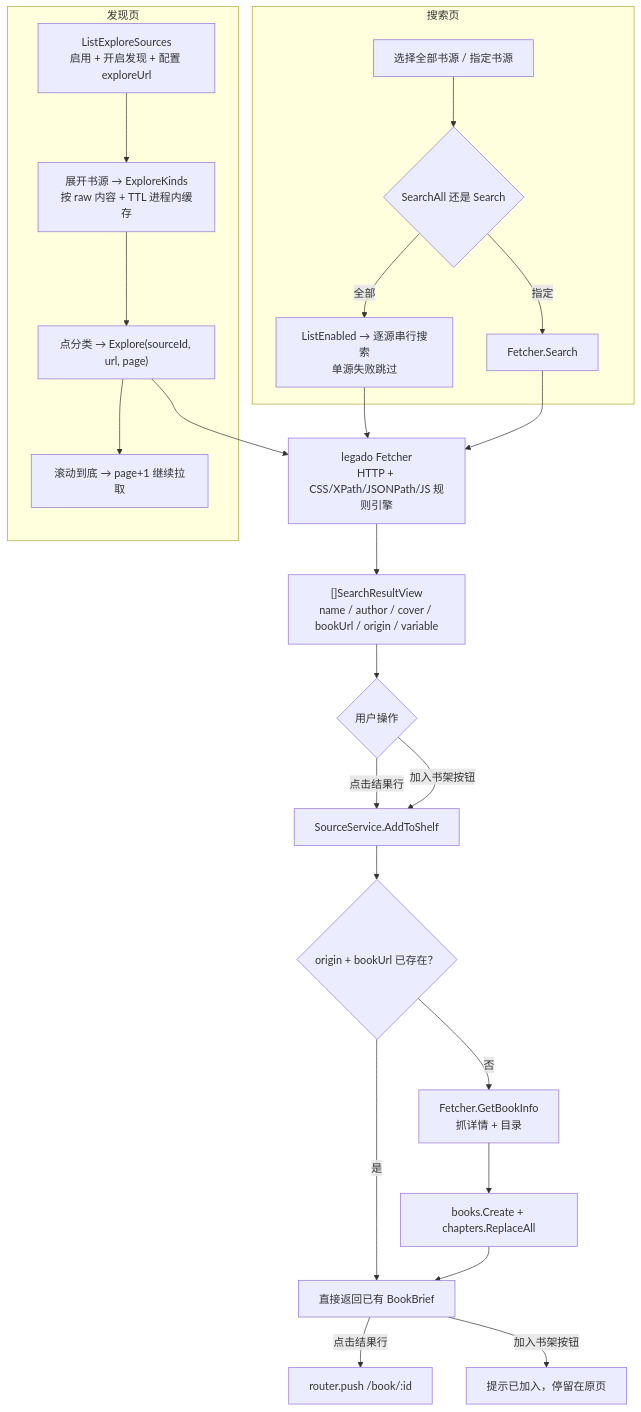
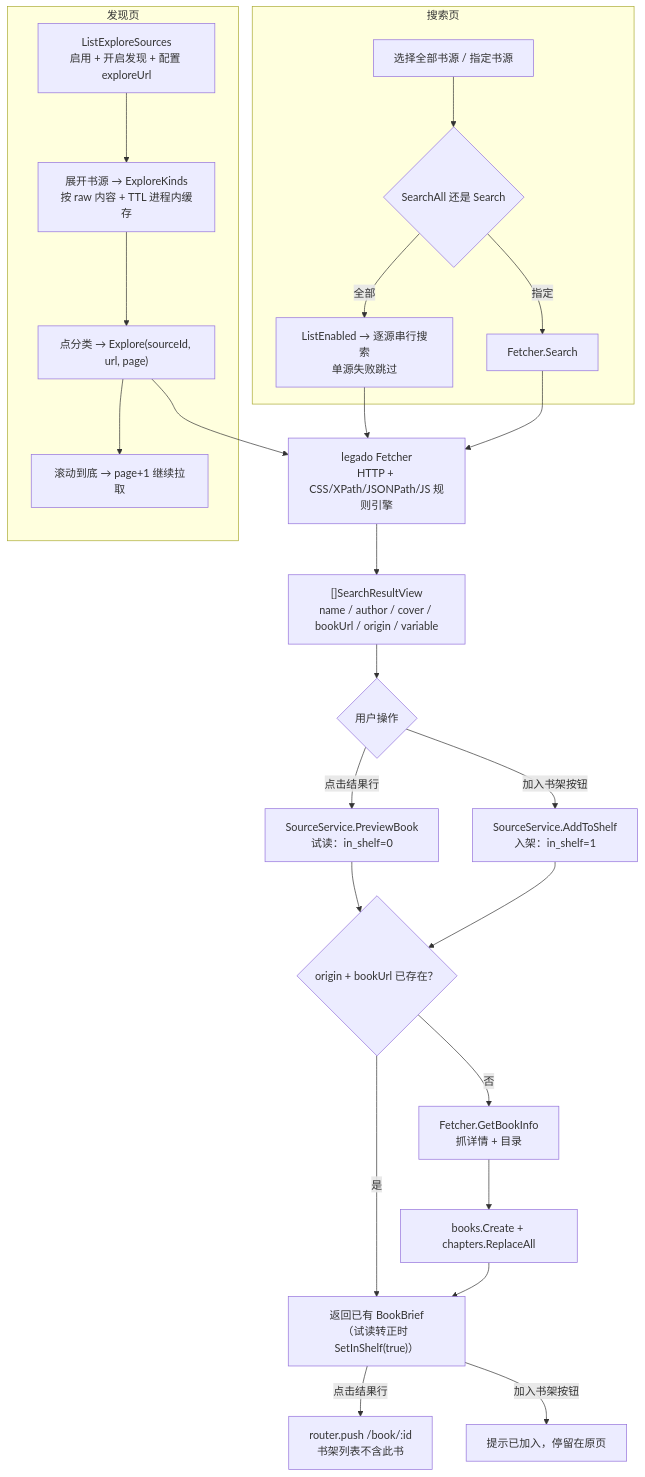
One commit to bingxl/legado changed the fourth of 21 diagrams in desktop/ARCHITECTURE-FLOWS.md. Above: the diagram before and after it, drawn with Mermaid. The commit also changed other lines of this file and 125 other files, not shown here.

````diff
--- a/desktop/ARCHITECTURE-FLOWS.md
+++ b/desktop/ARCHITECTURE-FLOWS.md
@@ -163,30 +165,31 @@
 ```mermaid
 flowchart TB
   subgraph EXPLORE["发现页"]
     EX1["ListExploreSources<br/>启用 + 开启发现 + 配置 exploreUrl"] --> EX2["展开书源 → ExploreKinds<br/>按 raw 内容 + TTL 进程内缓存"]
     EX2 --> EX3["点分类 → Explore(sourceId, url, page)"]
     EX3 --> EX4["滚动到底 → page+1 继续拉取"]
   end
 
   subgraph SEARCH["搜索页"]
     SE1["选择全部书源 / 指定书源"] --> SE2{"SearchAll 还是 Search"}
     SE2 -->|"全部"| SE3["ListEnabled → 逐源串行搜索<br/>单源失败跳过"]
     SE2 -->|"指定"| SE4["Fetcher.Search"]
   end
 
   EX3 --> ENG["legado Fetcher<br/>HTTP + CSS/XPath/JSONPath/JS 规则引擎"]
   SE3 --> ENG
   SE4 --> ENG
   ENG --> RES["[]SearchResultView<br/>name / author / cover / bookUrl / origin / variable"]
 
   RES --> ACT{"用户操作"}
-  ACT -->|"点击结果行"| ADD["SourceService.AddToShelf"]
-  ACT -->|"加入书架按钮"| ADD
-  ADD --> DUP{"origin + bookUrl 已存在？"}
-  DUP -->|"是"| BRIEF["直接返回已有 BookBrief"]
+  ACT -->|"点击结果行"| PRE["SourceService.PreviewBook<br/>试读：in_shelf=0"]
+  ACT -->|"加入书架按钮"| ADD["SourceService.AddToShelf<br/>入架：in_shelf=1"]
+  PRE --> DUP{"origin + bookUrl 已存在？"}
+  ADD --> DUP
+  DUP -->|"是"| BRIEF["返回已有 BookBrief<br/>（试读转正时 SetInShelf(true)）"]
   DUP -->|"否"| INFO["Fetcher.GetBookInfo<br/>抓详情 + 目录"]
   INFO --> TX["books.Create + chapters.ReplaceAll"]
   TX --> BRIEF
-  BRIEF -->|"点击结果行"| NAV["router.push /book/:id"]
+  BRIEF -->|"点击结果行"| NAV["router.push /book/:id<br/>书架列表不含此书"]
   BRIEF -->|"加入书架按钮"| TOAST["提示已加入，停留在原页"]
 ```
````
